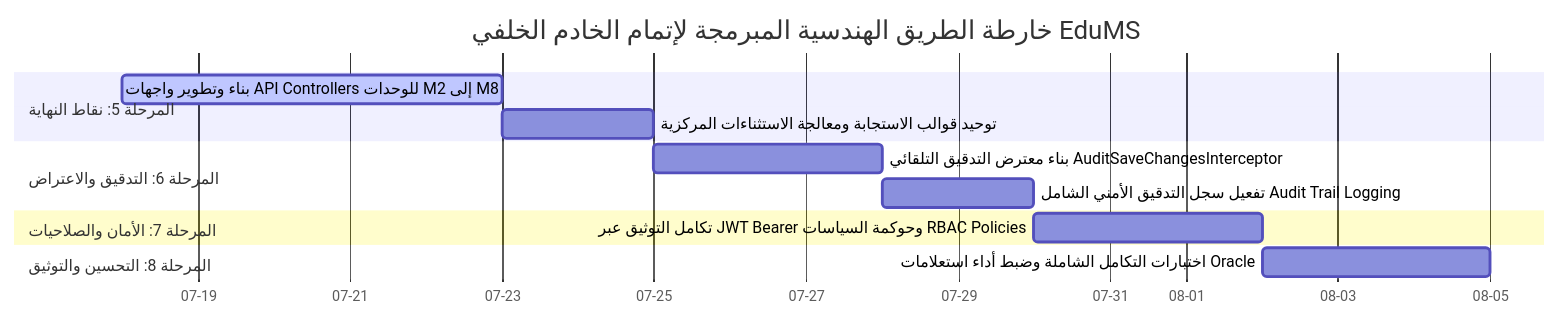
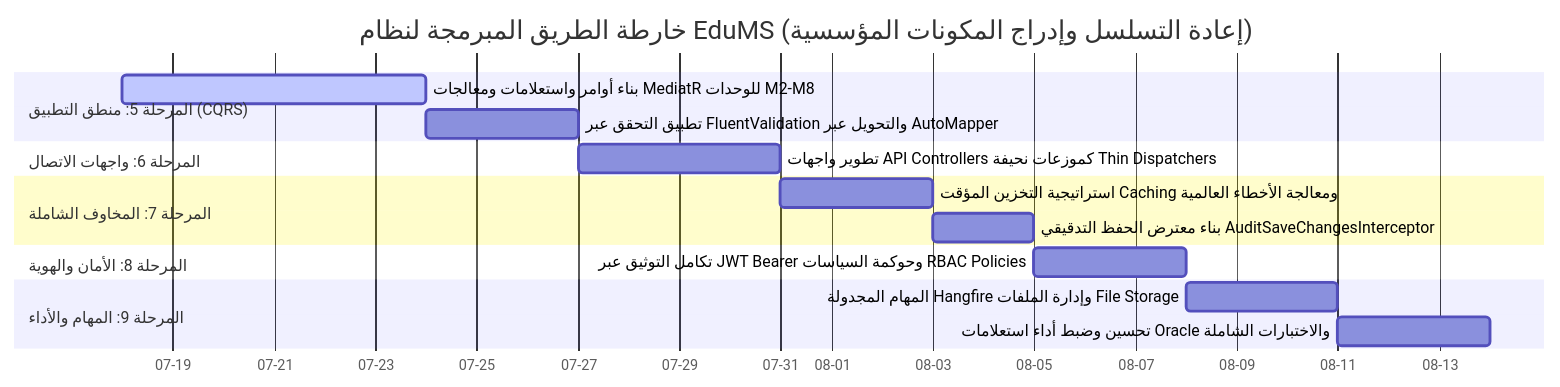
The first of 2 diagrams in 01_Database_Architecture_Docs/Architecture_Audit_And_Roadmap.md (engrehabalghaili-glitch/EduMS), drawn with Mermaid before and after one commit. The commit also changed other lines of this file, not shown here.

Commit message:
docs(roadmap): re-sequence roadmap to insert CQRS application logic phase and enterprise components (AutoMapper, Caching, Hangfire, File Storage)

````diff
--- a/01_Database_Architecture_Docs/Architecture_Audit_And_Roadmap.md
+++ b/01_Database_Architecture_Docs/Architecture_Audit_And_Roadmap.md
@@ -79,16 +81,19 @@
 ```mermaid
 gantt
-    title خارطة الطريق الهندسية المبرمجة لإتمام الخادم الخلفي EduMS
+    title خارطة الطريق المبرمجة لنظام EduMS (إعادة التسلسل وإدراج المكونات المؤسسية)
     dateFormat  YYYY-MM-DD
     axisFormat %m-%d
-    section المرحلة 5: نقاط النهاية
-    بناء وتطوير واجهات API Controllers للوحدات M2 إلى M8      :active, p5_1, 2026-07-18, 5d
-    توحيد قوالب الاستجابة ومعالجة الاستثناءات المركزية            :p5_2, after p5_1, 2d
-    section المرحلة 6: التدقيق والاعتراض
-    بناء معترض التدقيق التلقائي AuditSaveChangesInterceptor      :p5_3, after p5_2, 3d
-    تفعيل سجل التدقيق الأمني الشامل Audit Trail Logging          :p5_4, after p5_3, 2d
-    section المرحلة 7: الأمان والصلاحيات
-    تكامل التوثيق عبر JWT Bearer وحوكمة السياسات RBAC Policies   :p5_5, after p5_4, 3d
-    section المرحلة 8: التحسين والتوثيق
-    اختبارات التكامل الشاملة وضبط أداء استعلامات Oracle          :p5_6, after p5_5, 3d
+    section المرحلة 5: منطق التطبيق (CQRS)
+    بناء أوامر واستعلامات ومعالجات MediatR للوحدات M2-M8         :active, p5_1, 2026-07-18, 6d
+    تطبيق التحقق عبر FluentValidation والتحويل عبر AutoMapper    :p5_2, after p5_1, 3d
+    section المرحلة 6: واجهات الاتصال
+    تطوير واجهات API Controllers كموزعات نحيفة Thin Dispatchers  :p5_3, after p5_2, 4d
+    section المرحلة 7: المخاوف الشاملة
+    استراتيجية التخزين المؤقت Caching ومعالجة الأخطاء العالمية       :p5_4, after p5_3, 3d
+    بناء معترض الحفظ التدقيقي AuditSaveChangesInterceptor        :p5_5, after p5_4, 2d
+    section المرحلة 8: الأمان والهوية
+    تكامل التوثيق عبر JWT Bearer وحوكمة السياسات RBAC Policies   :p5_6, after p5_5, 3d
+    section المرحلة 9: المهام والأداء
+    المهام المجدولة Hangfire وإدارة الملفات File Storage         :p5_7, after p5_6, 3d
+    تحسين وضبط أداء استعلامات Oracle والاختبارات الشاملة         :p5_8, after p5_7, 3d
 ```
````
